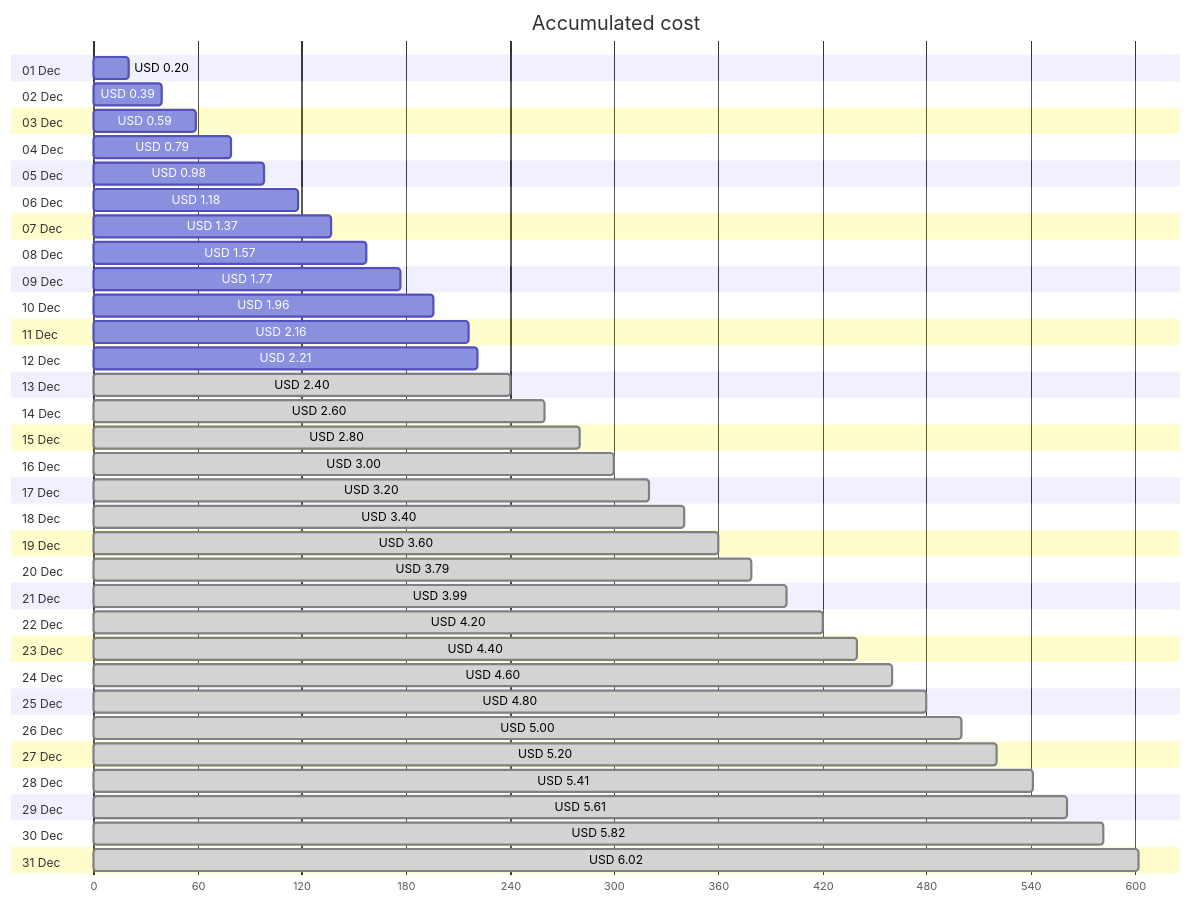
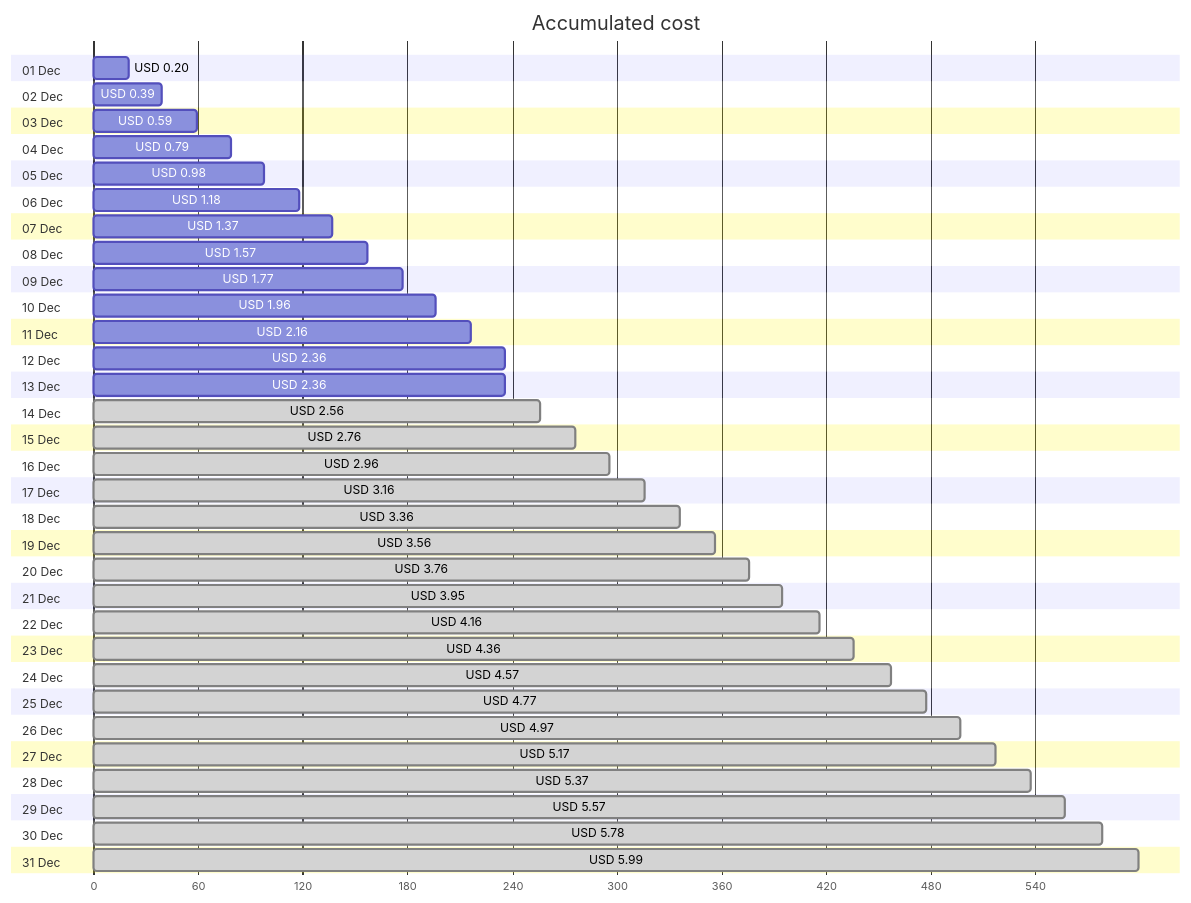
Before and after one commit to jpfulton/azure-personal-reports: the first of 4 diagrams in cost-reports/personal-network/backup-server.md, drawn with Mermaid. The commit also changed other lines of this file and 8 other files, not shown here.

````diff
--- a/cost-reports/personal-network/backup-server.md
+++ b/cost-reports/personal-network/backup-server.md
@@ -20,68 +20,68 @@
 ```mermaid
 gantt
    title Accumulated cost
    dateFormat  X
    axisFormat %s
    section 01 Dec
    USD 0.20 :0, 20
    section 02 Dec
    USD 0.39 :0, 39
    section 03 Dec
    USD 0.59 :0, 59
    section 04 Dec
    USD 0.79 :0, 79
    section 05 Dec
    USD 0.98 :0, 98
    section 06 Dec
    USD 1.18 :0, 118
    section 07 Dec
    USD 1.37 :0, 137
    section 08 Dec
    USD 1.57 :0, 157
    section 09 Dec
    USD 1.77 :0, 177
    section 10 Dec
    USD 1.96 :0, 196
    section 11 Dec
    USD 2.16 :0, 216
    section 12 Dec
-   USD 2.21 :0, 221
+   USD 2.36 :0, 236
    section 13 Dec
-   USD 2.40 : done, 0, 240
+   USD 2.36 :0, 236
    section 14 Dec
-   USD 2.60 : done, 0, 260
+   USD 2.56 : done, 0, 256
    section 15 Dec
-   USD 2.80 : done, 0, 280
+   USD 2.76 : done, 0, 276
    section 16 Dec
-   USD 3.00 : done, 0, 300
+   USD 2.96 : done, 0, 296
    section 17 Dec
-   USD 3.20 : done, 0, 320
+   USD 3.16 : done, 0, 316
    section 18 Dec
-   USD 3.40 : done, 0, 340
+   USD 3.36 : done, 0, 336
    section 19 Dec
-   USD 3.60 : done, 0, 360
+   USD 3.56 : done, 0, 356
    section 20 Dec
-   USD 3.79 : done, 0, 379
+   USD 3.76 : done, 0, 376
    section 21 Dec
-   USD 3.99 : done, 0, 399
+   USD 3.95 : done, 0, 395
    section 22 Dec
-   USD 4.20 : done, 0, 420
+   USD 4.16 : done, 0, 416
    section 23 Dec
-   USD 4.40 : done, 0, 440
+   USD 4.36 : done, 0, 436
    section 24 Dec
-   USD 4.60 : done, 0, 460
+   USD 4.57 : done, 0, 457
    section 25 Dec
-   USD 4.80 : done, 0, 480
+   USD 4.77 : done, 0, 477
    section 26 Dec
-   USD 5.00 : done, 0, 500
+   USD 4.97 : done, 0, 497
    section 27 Dec
-   USD 5.20 : done, 0, 520
+   USD 5.17 : done, 0, 517
    section 28 Dec
-   USD 5.41 : done, 0, 541
+   USD 5.37 : done, 0, 537
    section 29 Dec
-   USD 5.61 : done, 0, 561
+   USD 5.57 : done, 0, 557
    section 30 Dec
-   USD 5.82 : done, 0, 582
+   USD 5.78 : done, 0, 578
    section 31 Dec
-   USD 6.02 : done, 0, 602
+   USD 5.99 : done, 0, 599
 ```
````
